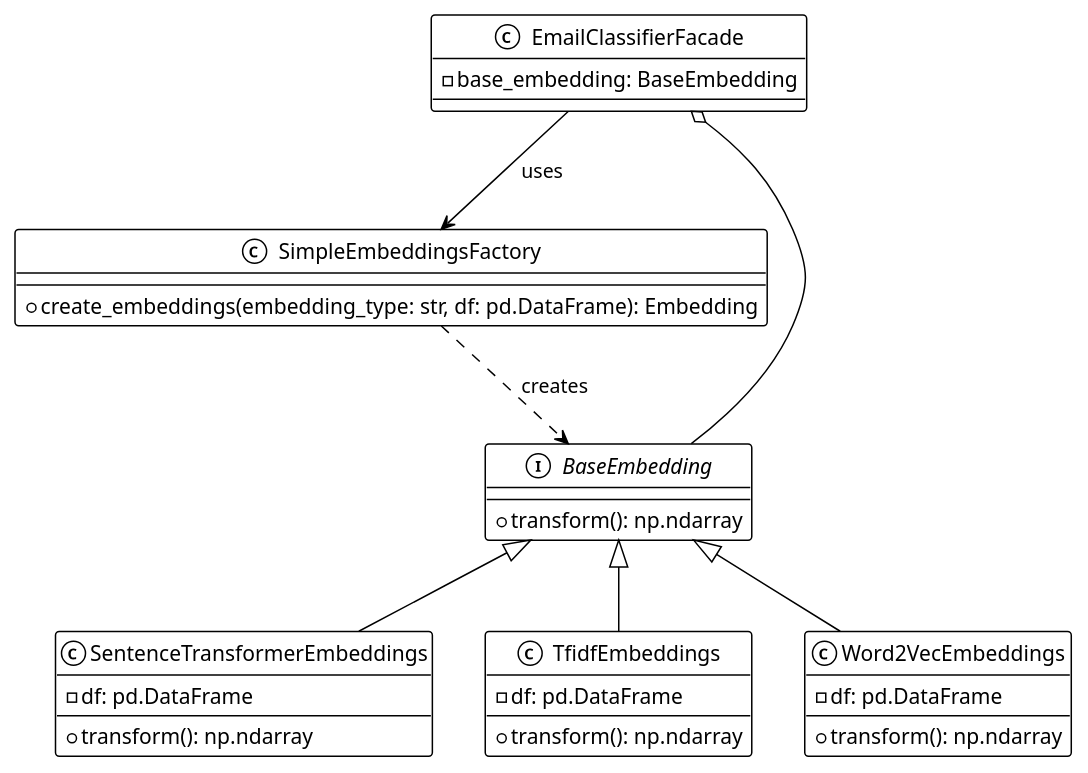
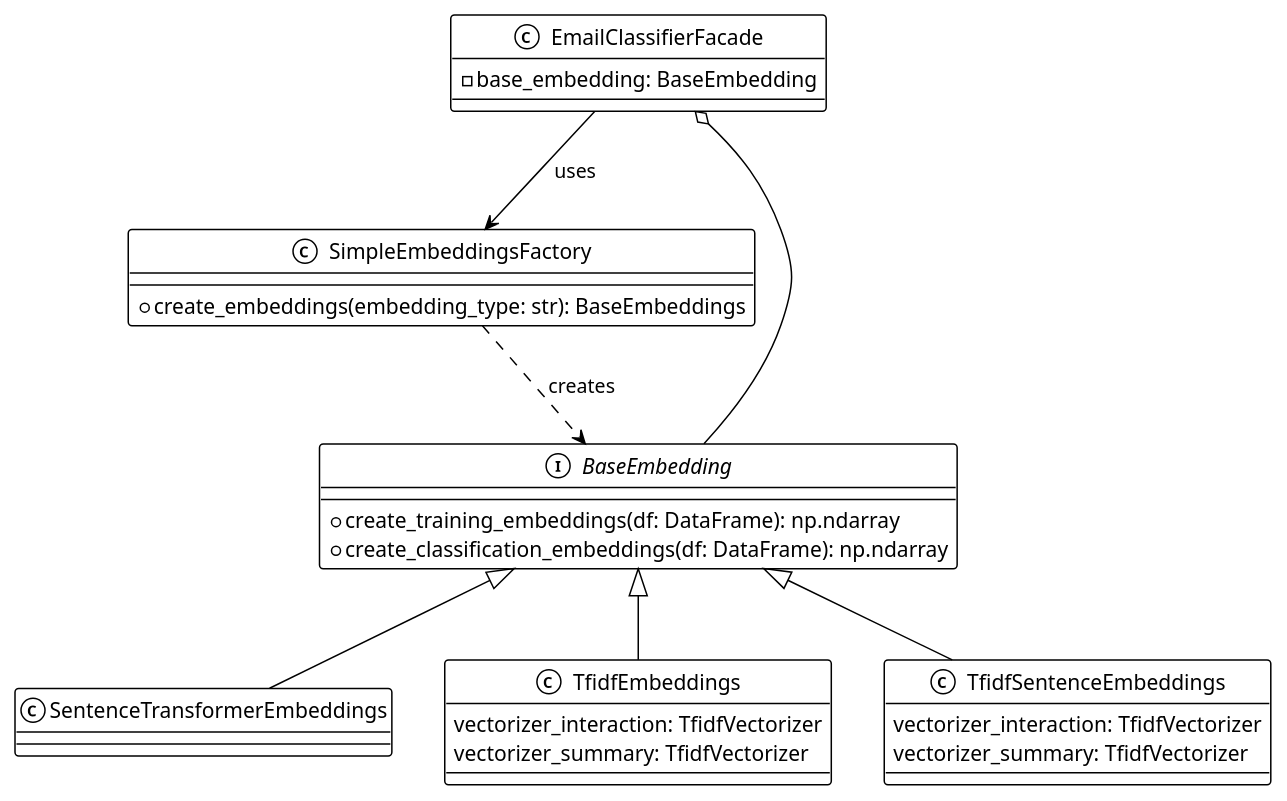
The diagram in uml/factory_pattern.wsd (chrnas/email-classifier), drawn with PlantUML before and after one commit. The commit also changed 24 other files, not shown here.

```diff
--- a/uml/factory_pattern.wsd
+++ b/uml/factory_pattern.wsd
@@ -1,38 +1,37 @@
 @startuml
 !theme mono
 
 class EmailClassifierFacade {
     - base_embedding: BaseEmbedding
 }
 
 class SimpleEmbeddingsFactory {
-    + create_embeddings(embedding_type: str, df: pd.DataFrame): Embedding
+    + create_embeddings(embedding_type: str): BaseEmbeddings
 }
 
 class SentenceTransformerEmbeddings {
-    - df: pd.DataFrame
-    + transform(): np.ndarray
 }
 
 class TfidfEmbeddings {
-    - df: pd.DataFrame
-    + transform(): np.ndarray
+    vectorizer_interaction: TfidfVectorizer
+    vectorizer_summary: TfidfVectorizer
 }
 
-class Word2VecEmbeddings {
-    - df: pd.DataFrame
-    + transform(): np.ndarray
+class TfidfSentenceEmbeddings {
+    vectorizer_interaction: TfidfVectorizer
+    vectorizer_summary: TfidfVectorizer
 }
 
 interface BaseEmbedding {
-    + transform(): np.ndarray
+    + create_training_embeddings(df: DataFrame): np.ndarray
+    + create_classification_embeddings(df: DataFrame): np.ndarray
 }
 
 EmailClassifierFacade o-- BaseEmbedding
 EmailClassifierFacade --> SimpleEmbeddingsFactory: uses
 SimpleEmbeddingsFactory ..> BaseEmbedding : creates
 BaseEmbedding <|-- SentenceTransformerEmbeddings
 BaseEmbedding <|-- TfidfEmbeddings
-BaseEmbedding <|-- Word2VecEmbeddings
+BaseEmbedding <|-- TfidfSentenceEmbeddings
 
 @enduml
```
